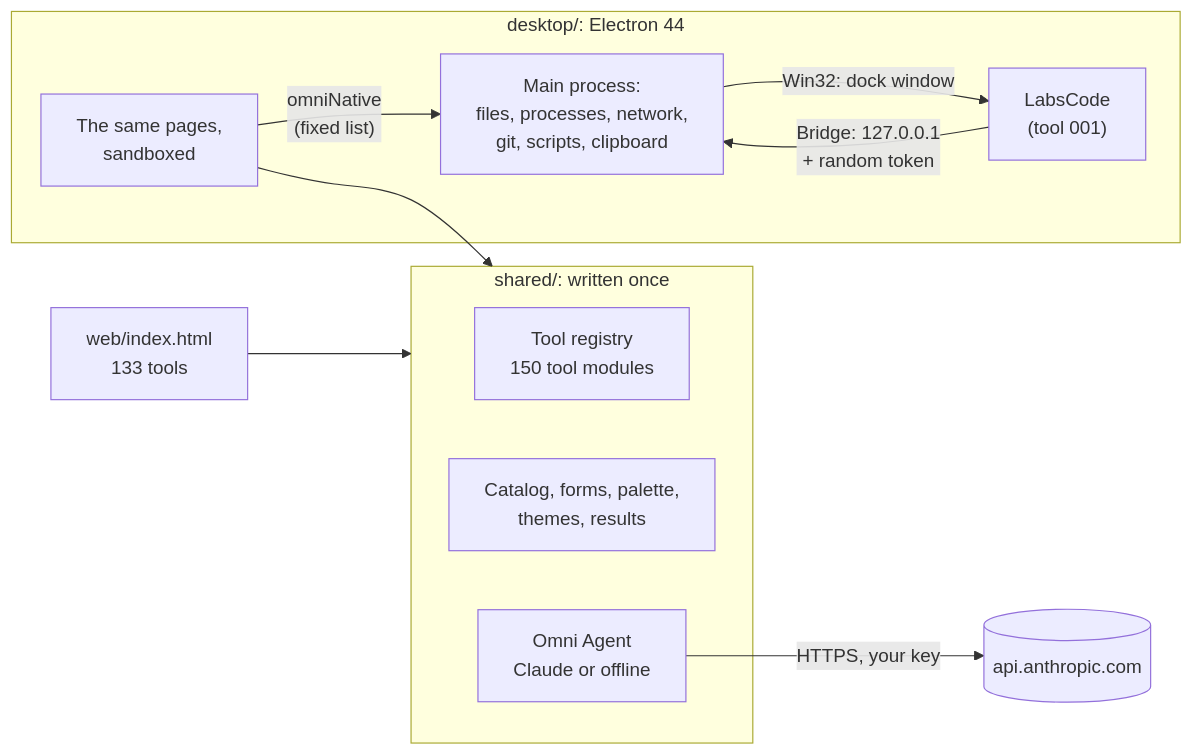
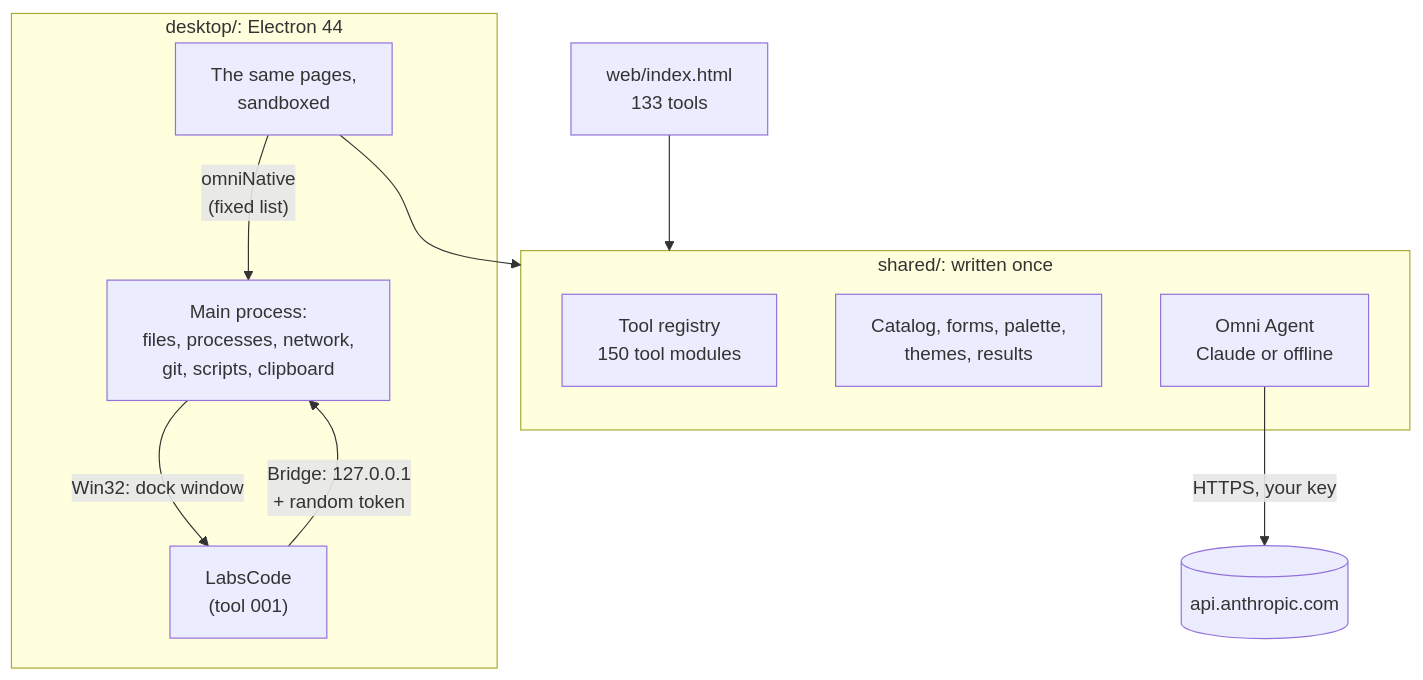
Before and after one commit to gkson-lab/omnitool: the first of 2 diagrams in README.md, drawn with Mermaid.

Commit message:
README: lay the architecture diagram out top to bottom so it fits the column

````diff
--- a/README.md
+++ b/README.md
@@ -82,16 +82,16 @@
 ```mermaid
-flowchart LR
+flowchart TB
   subgraph shared["shared/: written once"]
     REG["Tool registry<br/>150 tool modules"]
     UI["Catalog, forms, palette,<br/>themes, results"]
     AG["Omni Agent<br/>Claude or offline"]
   end
   WEB["web/index.html<br/>133 tools"] --> shared
   subgraph desk["desktop/: Electron 44"]
     PAGE["The same pages,<br/>sandboxed"] -- "omniNative<br/>(fixed list)" --> MAIN["Main process:<br/>files, processes, network,<br/>git, scripts, clipboard"]
     MAIN -- "Win32: dock window" --> LC["LabsCode<br/>(tool 001)"]
     LC -- "Bridge: 127.0.0.1<br/>+ random token" --> MAIN
   end
   PAGE --> shared
   AG -- "HTTPS, your key" --> API[("api.anthropic.com")]
 ```
````
